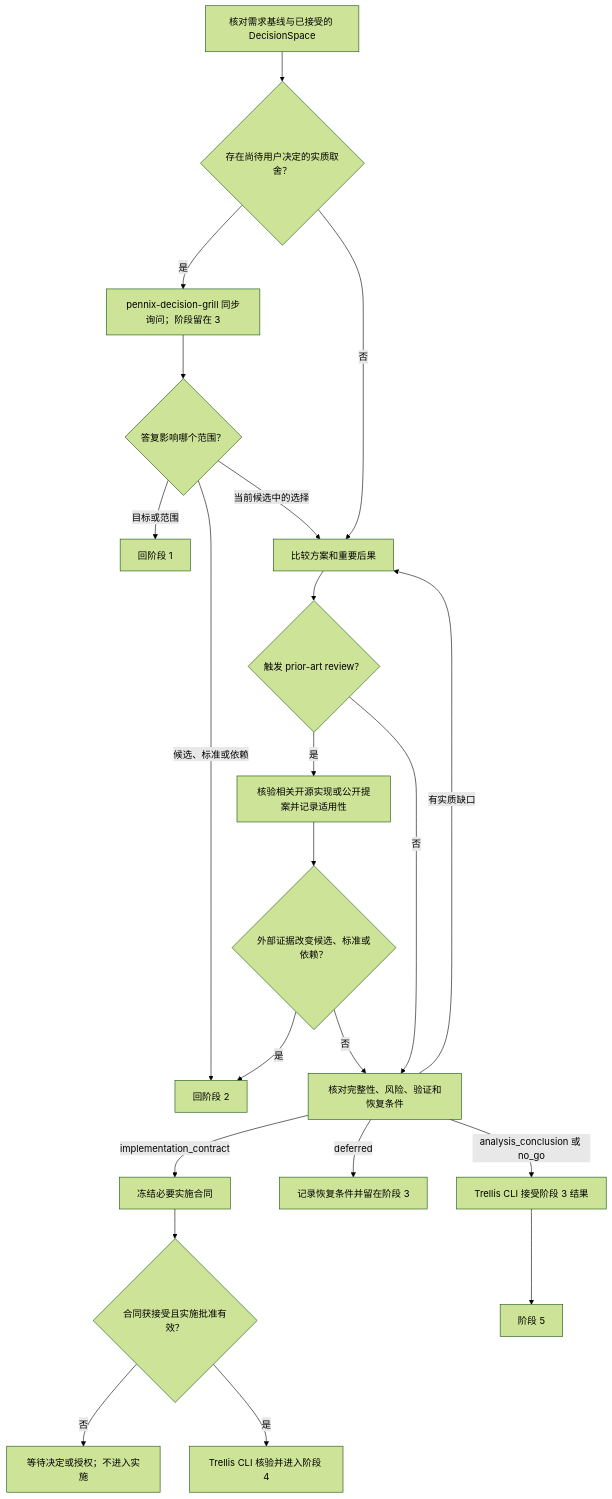
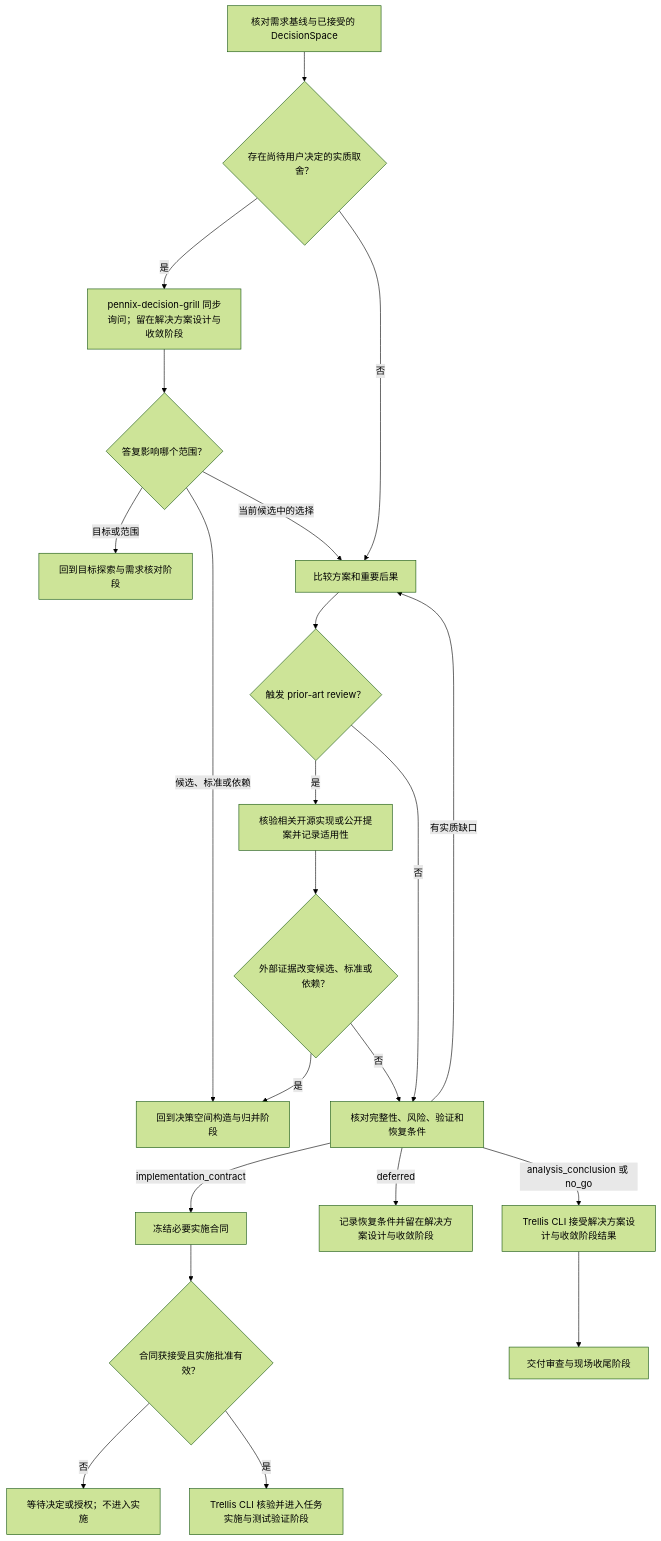
The diagram in packages/cli/src/templates/common/bundled-skills/trellis-solution-design-and-convergence/workflow.md (PennixRv/Trellis), drawn with Mermaid (forest theme) before and after one commit. The commit also changed other lines of this file and 74 other files, not shown here.

````diff
--- a/packages/cli/src/templates/common/bundled-skills/trellis-solution-design-and-convergence/workflow.md
+++ b/packages/cli/src/templates/common/bundled-skills/trellis-solution-design-and-convergence/workflow.md
@@ -9,24 +9,24 @@
 ```mermaid
 flowchart TD
   input["核对需求基线与已接受的 DecisionSpace"] --> decisions{"存在尚待用户决定的实质取舍？"}
-  decisions -->|"是"| grill["pennix-decision-grill 同步询问；阶段留在 3"]
+  decisions -->|"是"| grill["pennix-decision-grill 同步询问；留在解决方案设计与收敛阶段"]
   grill --> impact{"答复影响哪个范围？"}
-  impact -->|"目标或范围"| phase1["回阶段 1"]
-  impact -->|"候选、标准或依赖"| phase2["回阶段 2"]
+  impact -->|"目标或范围"| goal_exploration_and_requirements["回到目标探索与需求核对阶段"]
+  impact -->|"候选、标准或依赖"| decision_space_construction_and_merging["回到决策空间构造与归并阶段"]
   impact -->|"当前候选中的选择"| compare["比较方案和重要后果"]
   decisions -->|"否"| compare
   compare --> prior{"触发 prior-art review？"}
   prior -->|"是"| review["核验相关开源实现或公开提案并记录适用性"]
   review --> changed{"外部证据改变候选、标准或依赖？"}
-  changed -->|"是"| phase2
+  changed -->|"是"| decision_space_construction_and_merging
   changed -->|"否"| assess["核对完整性、风险、验证和恢复条件"]
   prior -->|"否"| assess
   assess -->|"有实质缺口"| compare
-  assess -->|"analysis_conclusion 或 no_go"| reviewResult["Trellis CLI 接受阶段 3 结果"]
-  assess -->|"deferred"| defer["记录恢复条件并留在阶段 3"]
+  assess -->|"analysis_conclusion 或 no_go"| reviewResult["Trellis CLI 接受解决方案设计与收敛阶段结果"]
+  assess -->|"deferred"| defer["记录恢复条件并留在解决方案设计与收敛阶段"]
   assess -->|"implementation_contract"| contract["冻结必要实施合同"]
   contract --> approval{"合同获接受且实施批准有效？"}
   approval -->|"否"| wait["等待决定或授权；不进入实施"]
-  approval -->|"是"| phase4["Trellis CLI 核验并进入阶段 4"]
-  reviewResult --> phase5["阶段 5"]
+  approval -->|"是"| task_implementation["Trellis CLI 核验并进入任务实施与测试验证阶段"]
+  reviewResult --> delivery_review_and_closeout["交付审查与现场收尾阶段"]
 ```
````
